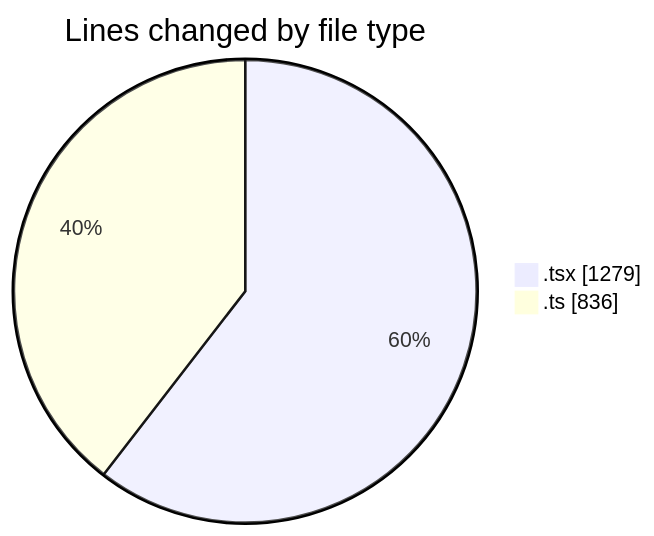
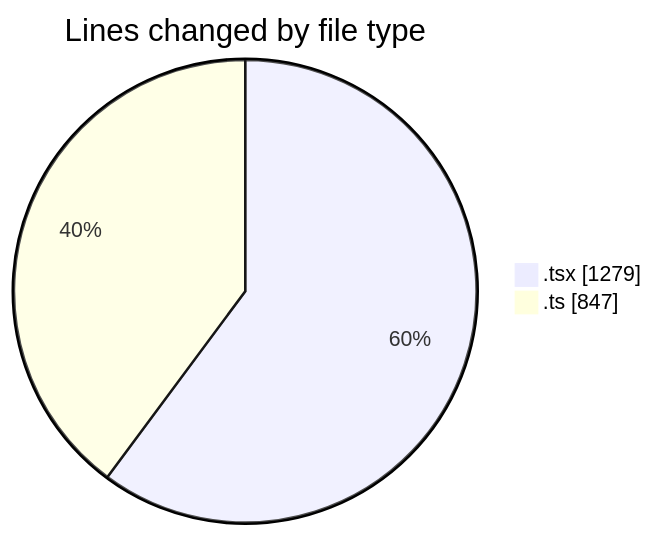
One commit to nxtqubesakshisongat/code-tracking changed the first of 2 diagrams in 2026-02-27/nxtqube_webapp/README.md. Above: the diagram before and after it, drawn with Mermaid. The commit also changed other lines of this file and 1 other file, not shown here.

````diff
--- a/2026-02-27/nxtqube_webapp/README.md
+++ b/2026-02-27/nxtqube_webapp/README.md
@@ -24,6 +24,6 @@
 ```mermaid
 pie showData
 title Lines changed by file type
 ".tsx" : 1279
-".ts" : 836
+".ts" : 847
 ```
````
